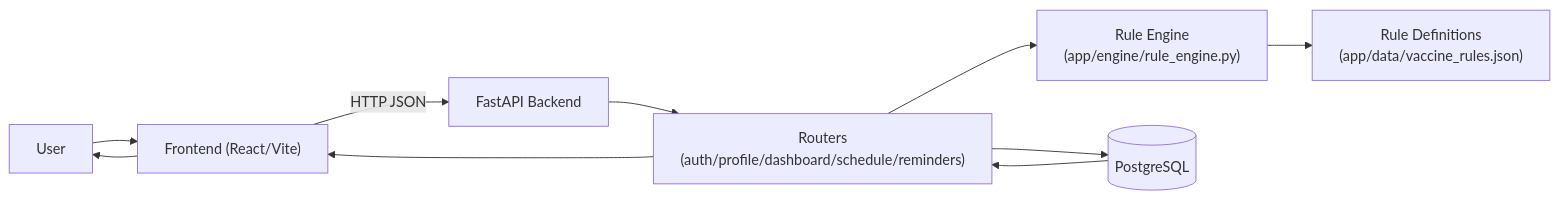
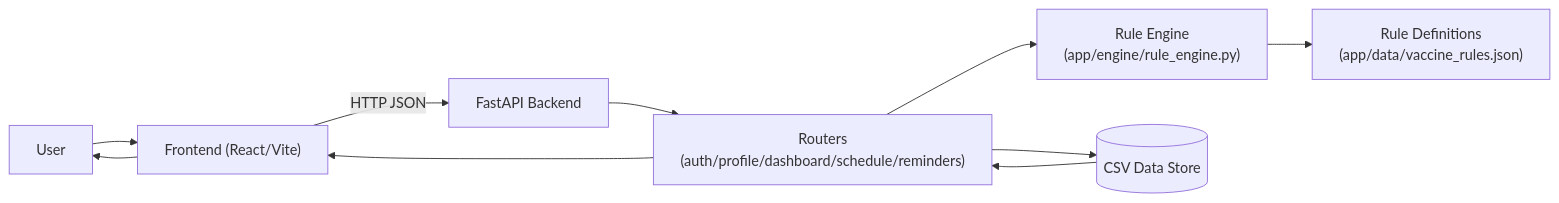
Before and after one commit to Ali90922/qdoc-smart-vaccine: the diagram in architecture.md, drawn with Mermaid. The commit also changed other lines of this file and 23 other files, not shown here.

````diff
--- a/architecture.md
+++ b/architecture.md
@@ -10,12 +10,12 @@
 ```mermaid
 flowchart LR
     U["User"] --> FE["Frontend (React/Vite)"]
     FE -->|"HTTP JSON"| API["FastAPI Backend"]
     API --> R["Routers\n(auth/profile/dashboard/schedule/reminders)"]
     R --> E["Rule Engine\n(app/engine/rule_engine.py)"]
     E --> D["Rule Definitions\n(app/data/vaccine_rules.json)"]
-    R --> DB[("PostgreSQL")]
+    R --> DB[("CSV Data Store")]
     DB --> R
     R --> FE
     FE --> U
 ```
````
